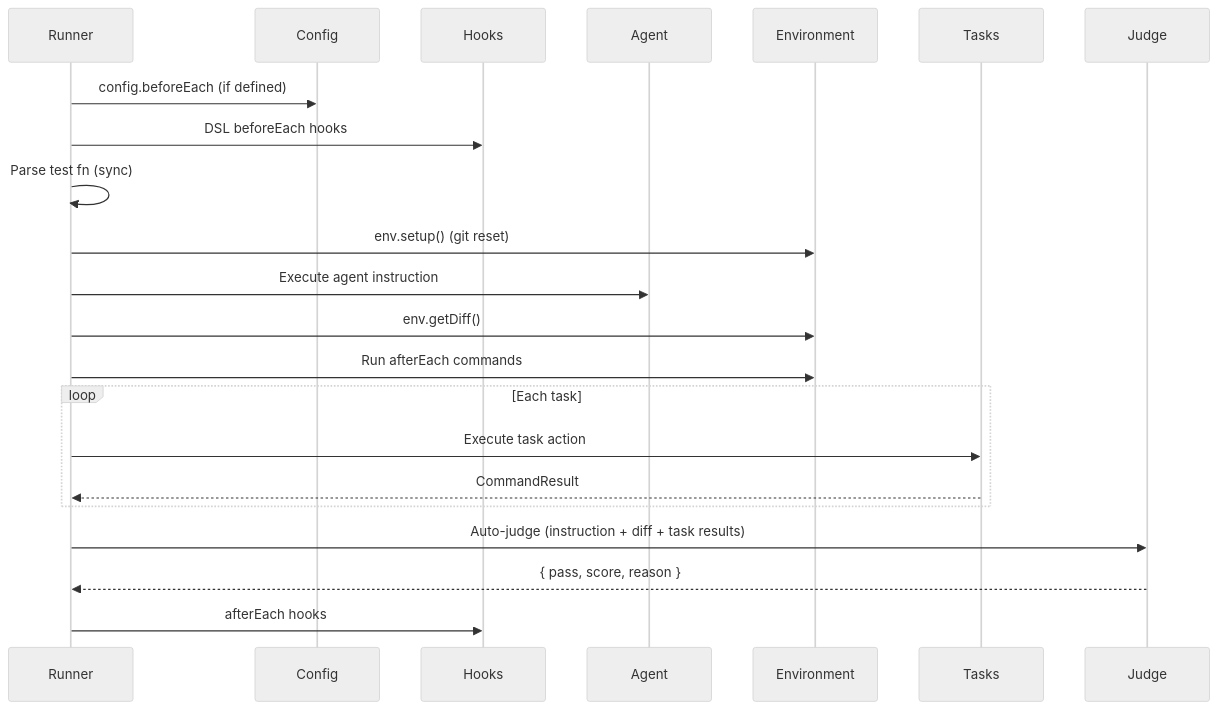
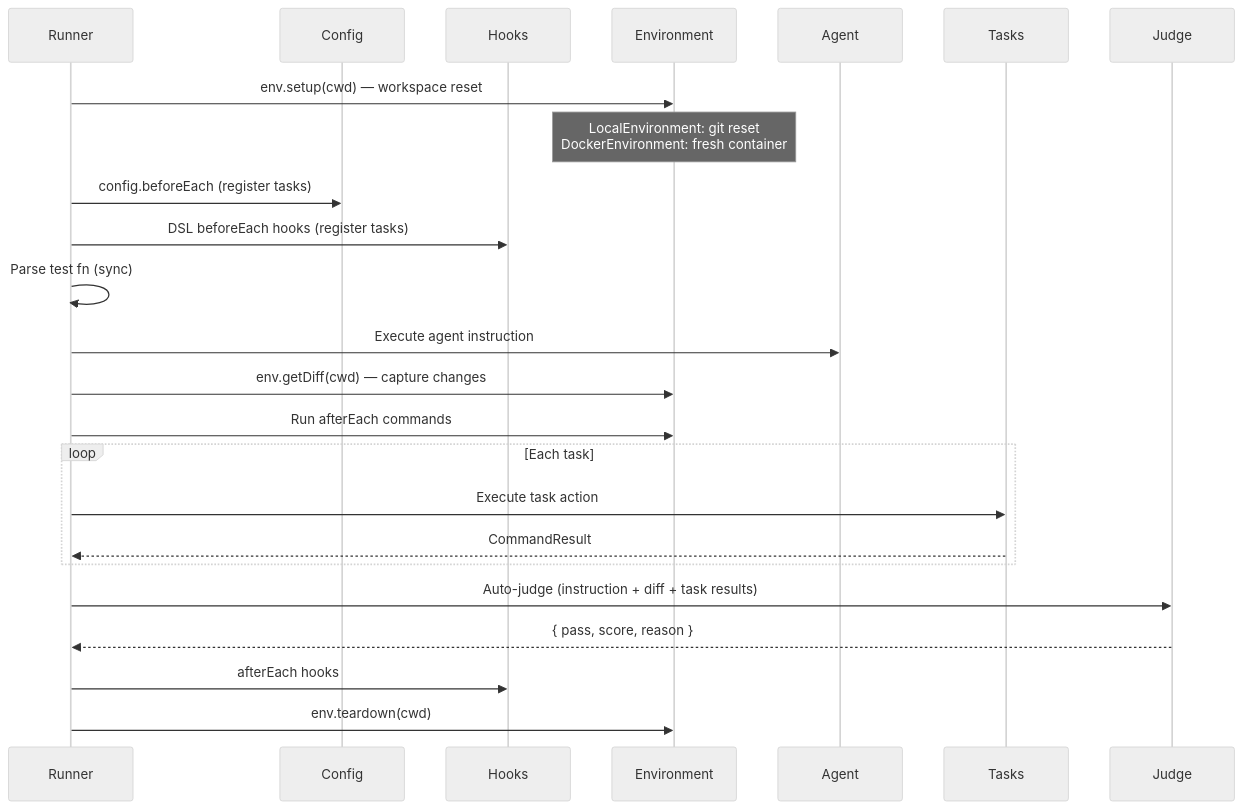
Before and after one commit to Tlahey/agent-eval: the second of 3 diagrams in apps/docs/guide/declarative-pipeline.md, drawn with Mermaid (neutral theme). The commit also changed 5 other files, not shown here.

First line of the commit message:
docs: update lifecycle diagrams to reflect plugin-based architecture

````diff
--- a/apps/docs/guide/declarative-pipeline.md
+++ b/apps/docs/guide/declarative-pipeline.md
@@ -138,25 +138,27 @@
 ```mermaid
 sequenceDiagram
   participant R as Runner
   participant C as Config
   participant H as Hooks
+  participant E as Environment
   participant A as Agent
-  participant E as Environment
   participant T as Tasks
   participant J as Judge
 
-  R->>C: config.beforeEach (if defined)
-  R->>H: DSL beforeEach hooks
+  R->>E: env.setup(cwd) — workspace reset
+  Note over E: LocalEnvironment: git reset<br/>DockerEnvironment: fresh container
+  R->>C: config.beforeEach (register tasks)
+  R->>H: DSL beforeEach hooks (register tasks)
   R->>R: Parse test fn (sync)
-  R->>E: env.setup() (git reset)
   R->>A: Execute agent instruction
-  R->>E: env.getDiff()
+  R->>E: env.getDiff(cwd) — capture changes
   R->>E: Run afterEach commands
   loop Each task
     R->>T: Execute task action
     T-->>R: CommandResult
   end
   R->>J: Auto-judge (instruction + diff + task results)
   J-->>R: { pass, score, reason }
   R->>H: afterEach hooks
+  R->>E: env.teardown(cwd)
 ```
````
